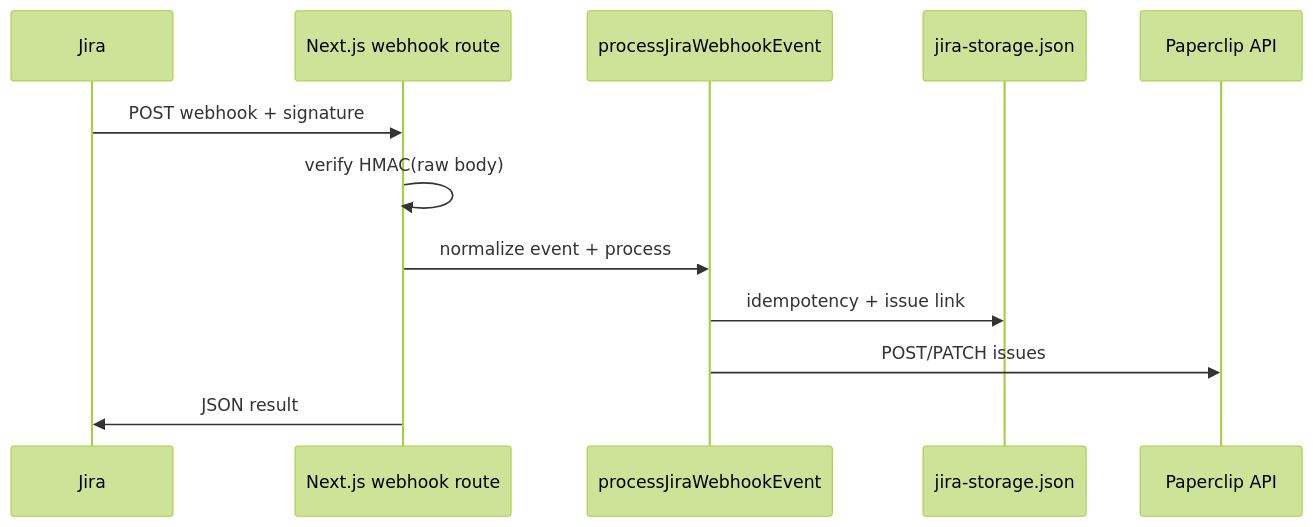
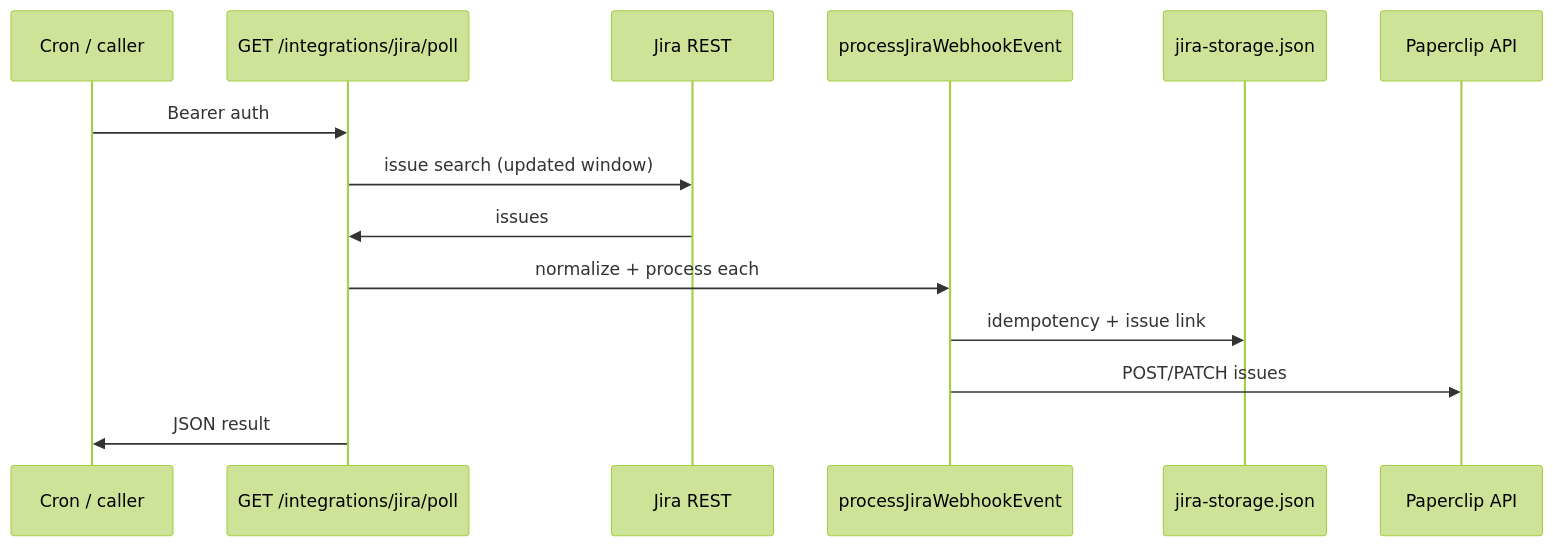
Before and after one commit to lodado/paperclip-jira-integration: the diagram in README.md, drawn with Mermaid (forest theme). The commit also changed other lines of this file and 3 other files, not shown here.

First line of the commit message:
Remove Jira HTTP webhook route; polling-only docs and env

````diff
--- a/README.md
+++ b/README.md
@@ -46,15 +38,17 @@
 ```mermaid
 sequenceDiagram
-  participant Jira
-  participant Next as Next.js webhook route
+  participant Cron as Cron / caller
+  participant Poll as GET /integrations/jira/poll
+  participant Jira as Jira REST
   participant Sync as processJiraWebhookEvent
   participant Store as jira-storage.json
   participant PC as Paperclip API
 
-  Jira->>Next: POST webhook + signature
-  Next->>Next: verify HMAC(raw body)
-  Next->>Sync: normalize event + process
+  Cron->>Poll: Bearer auth
+  Poll->>Jira: issue search (updated window)
+  Jira->>Poll: issues
+  Poll->>Sync: normalize + process each
   Sync->>Store: idempotency + issue link
   Sync->>PC: POST/PATCH issues
-  Next->>Jira: JSON result
+  Poll->>Cron: JSON result
 ```
````
